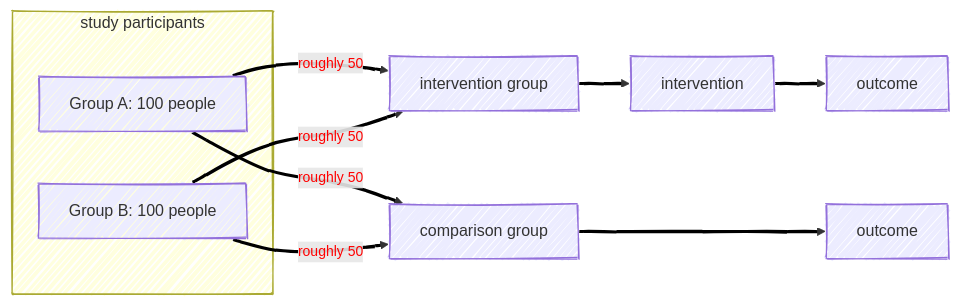
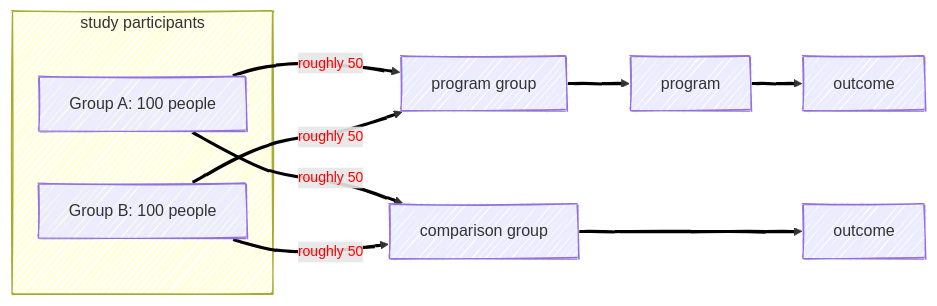
One commit to agrogan1/closeread changed the fifth of 8 diagrams in multivariate/multivariate.qmd. Above: the diagram before and after it, drawn with Mermaid. The commit also changed other lines of this file and 2 other files, not shown here.

Commit message:
added classDef forestgreen; "intervention" --> "program"

````diff
--- a/multivariate/multivariate.qmd
+++ b/multivariate/multivariate.qmd
@@ -157,34 +176,34 @@
 ```{mermaid}
 ---
 config:
   look: handDrawn
   theme: default
 ---
 
 flowchart LR
 
 subgraph study["study participants"]
 
   A["Group A: 100 people"]
 
   B["Group B: 100 people"]
 
   end
 
-  A --> |"roughly 50"| interventiongroup["intervention group"]
+  A --> |"roughly 50"| programgroup["program group"]
 
-  B --> |"roughly 50"| interventiongroup["intervention group"]
+  B --> |"roughly 50"| programgroup["program group"]
 
-  interventiongroup["intervention group"] --> intervention
+  programgroup["program group"] --> program
 
-  intervention[intervention] --> outcome1[outcome]
+  program[program] --> outcome1[outcome]
 
   A --> |"roughly 50"| comparisongroup
 
   B --> |"roughly 50"| comparisongroup
 
   comparisongroup["comparison group"] ---> outcome0[outcome]
 
   linkStyle 0,1,2,3,4,5,6 stroke:#000000,stroke-width:3px,font-size:14px,color:red;
 
 ```
````
